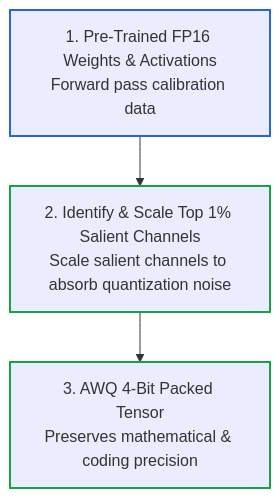
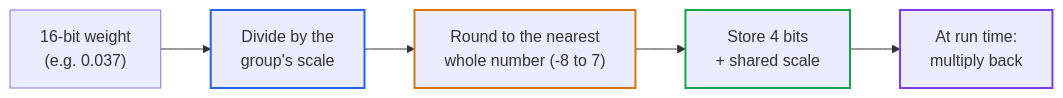
Before and after one commit to dip4k/senior-engineer-to-ai-engineer-roadmap: the first of 3 diagrams in 00-foundations-and-token-mechanics/05-slms-and-quantization-mechanics.md, drawn with Mermaid. The commit also changed other lines of this file and 49 other files, not shown here.

````diff
--- a/00-foundations-and-token-mechanics/05-slms-and-quantization-mechanics.md
+++ b/00-foundations-and-token-mechanics/05-slms-and-quantization-mechanics.md
@@ -126,9 +79,12 @@
 ```mermaid
-flowchart TD
-    Weights["1. Pre-Trained FP16 Weights & Activations<br>Forward pass calibration data"] --> Salient["2. Identify & Scale Top 1% Salient Channels<br>Scale salient channels to absorb quantization noise"]
-    Salient --> AWQ_Out["3. AWQ 4-Bit Packed Tensor<br>Preserves mathematical & coding precision"]
+flowchart LR
+    W["16-bit weight<br>(e.g. 0.037)"] --> D["Divide by the<br>group's scale"]
+    D --> R["Round to the nearest<br>whole number (-8 to 7)"]
+    R --> S["Store 4 bits<br>+ shared scale"]
+    S --> U["At run time:<br>multiply back"]
 
-    style Weights stroke:#2563eb,stroke-width:2px
-    style Salient stroke:#16a34a,stroke-width:2px
-    style AWQ_Out stroke:#16a34a,stroke-width:2px
+    style D stroke:#2563eb,stroke-width:2px
+    style R stroke:#d97706,stroke-width:2px
+    style S stroke:#16a34a,stroke-width:2px
+    style U stroke:#7c3aed,stroke-width:2px
 ```
````
